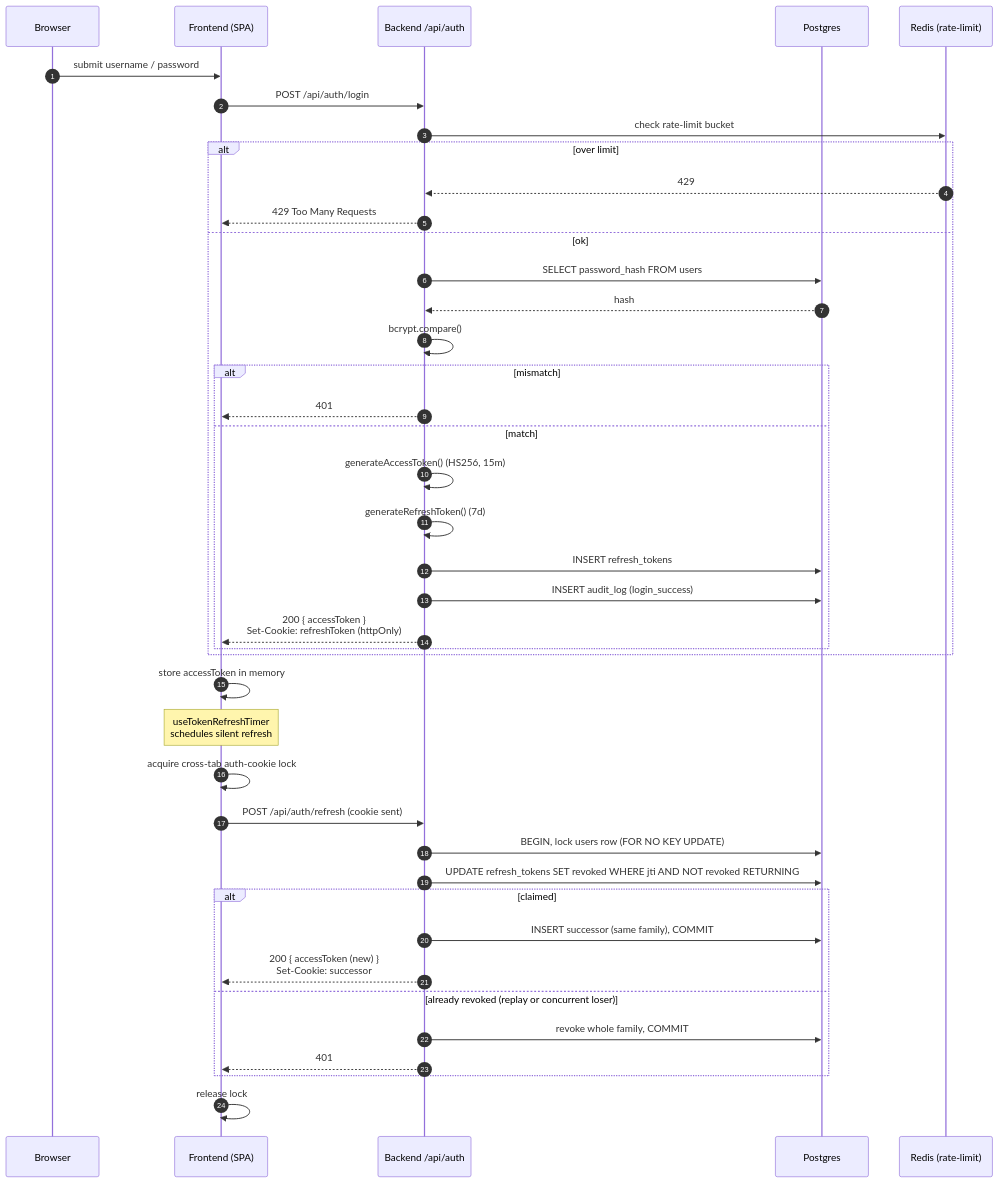
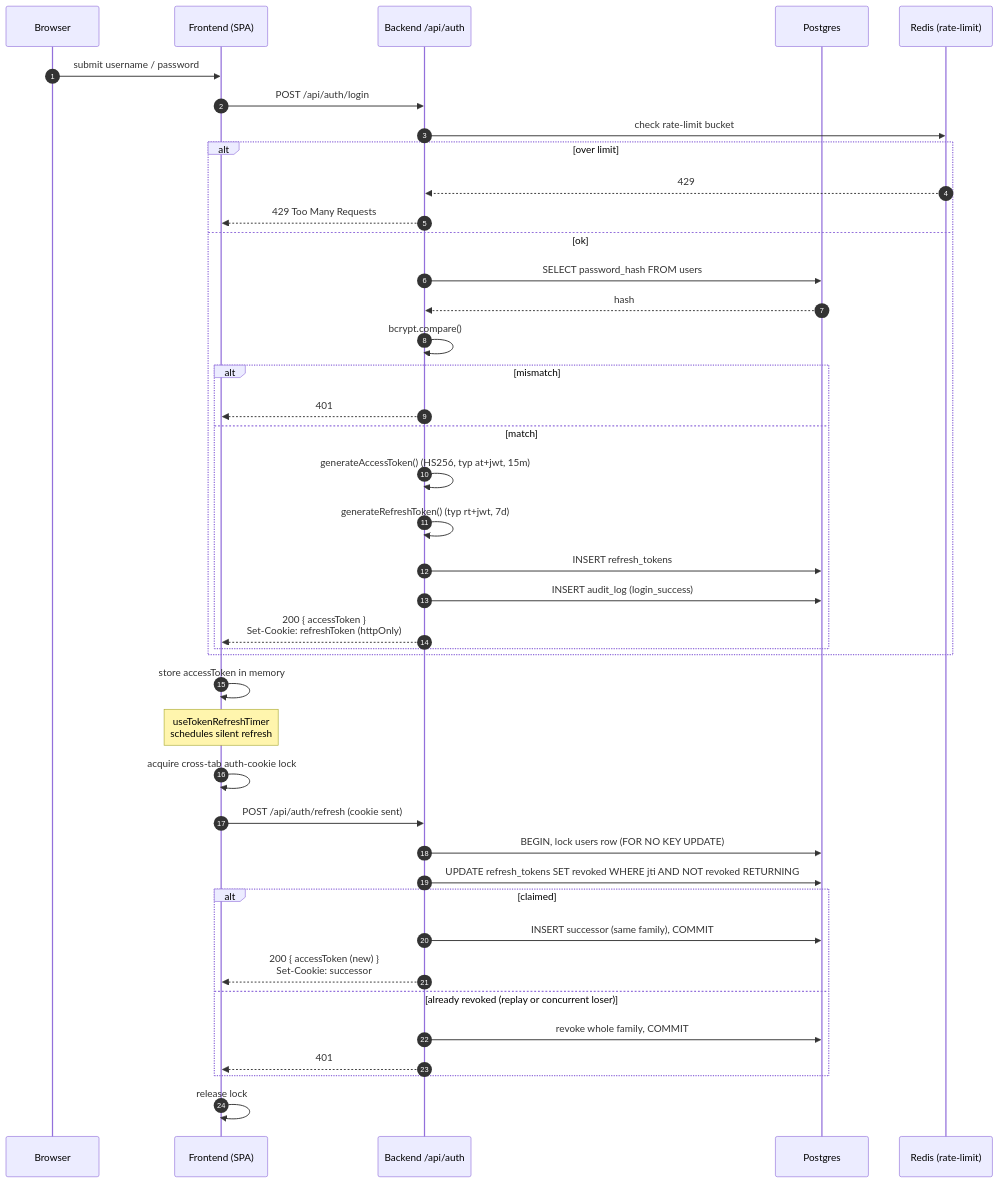
Before and after one commit to Compendiq/compendiq-ce: the first of 4 diagrams in docs/architecture/07-flow-auth.md, drawn with Mermaid. The commit also changed other lines of this file and 6 other files, not shown here.

First line of the commit message:
fix(auth): require token purpose so refresh JWTs never pass as bearer tokens

````diff
--- a/docs/architecture/07-flow-auth.md
+++ b/docs/architecture/07-flow-auth.md
@@ -11,45 +11,45 @@
 ```mermaid
 sequenceDiagram
     autonumber
     participant B as Browser
     participant FE as Frontend (SPA)
     participant BE as Backend /api/auth
     participant DB as Postgres
     participant RL as Redis (rate-limit)
 
     B->>FE: submit username / password
     FE->>BE: POST /api/auth/login
     BE->>RL: check rate-limit bucket
     alt over limit
         RL-->>BE: 429
         BE-->>FE: 429 Too Many Requests
     else ok
         BE->>DB: SELECT password_hash FROM users
         DB-->>BE: hash
         BE->>BE: bcrypt.compare()
         alt mismatch
             BE-->>FE: 401
         else match
-            BE->>BE: generateAccessToken() (HS256, 15m)
-            BE->>BE: generateRefreshToken() (7d)
+            BE->>BE: generateAccessToken() (HS256, typ at+jwt, 15m)
+            BE->>BE: generateRefreshToken() (typ rt+jwt, 7d)
             BE->>DB: INSERT refresh_tokens
             BE->>DB: INSERT audit_log (login_success)
             BE-->>FE: 200 { accessToken }<br/>Set-Cookie: refreshToken (httpOnly)
         end
     end
 
     FE->>FE: store accessToken in memory
     Note over FE: useTokenRefreshTimer<br/>schedules silent refresh
     FE->>FE: acquire cross-tab auth-cookie lock
     FE->>BE: POST /api/auth/refresh (cookie sent)
     BE->>DB: BEGIN, lock users row (FOR NO KEY UPDATE)
     BE->>DB: UPDATE refresh_tokens SET revoked WHERE jti AND NOT revoked RETURNING
     alt claimed
         BE->>DB: INSERT successor (same family), COMMIT
         BE-->>FE: 200 { accessToken (new) }<br/>Set-Cookie: successor
     else already revoked (replay or concurrent loser)
         BE->>DB: revoke whole family, COMMIT
         BE-->>FE: 401
     end
     FE->>FE: release lock
 ```
````
